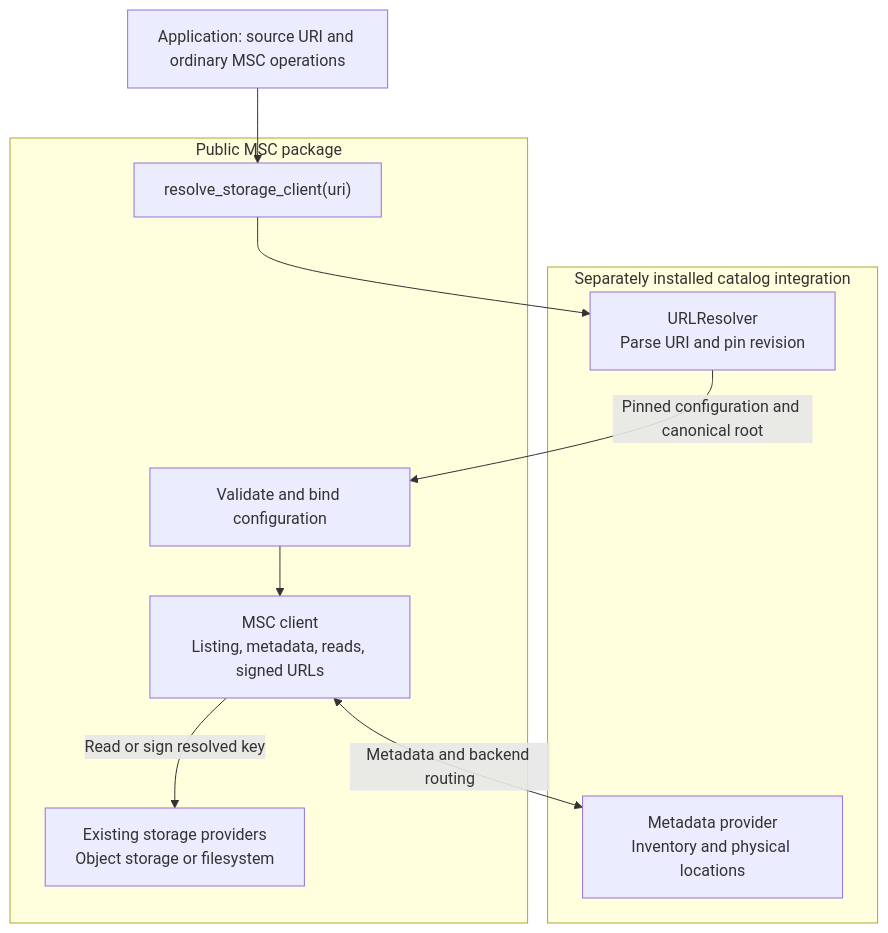
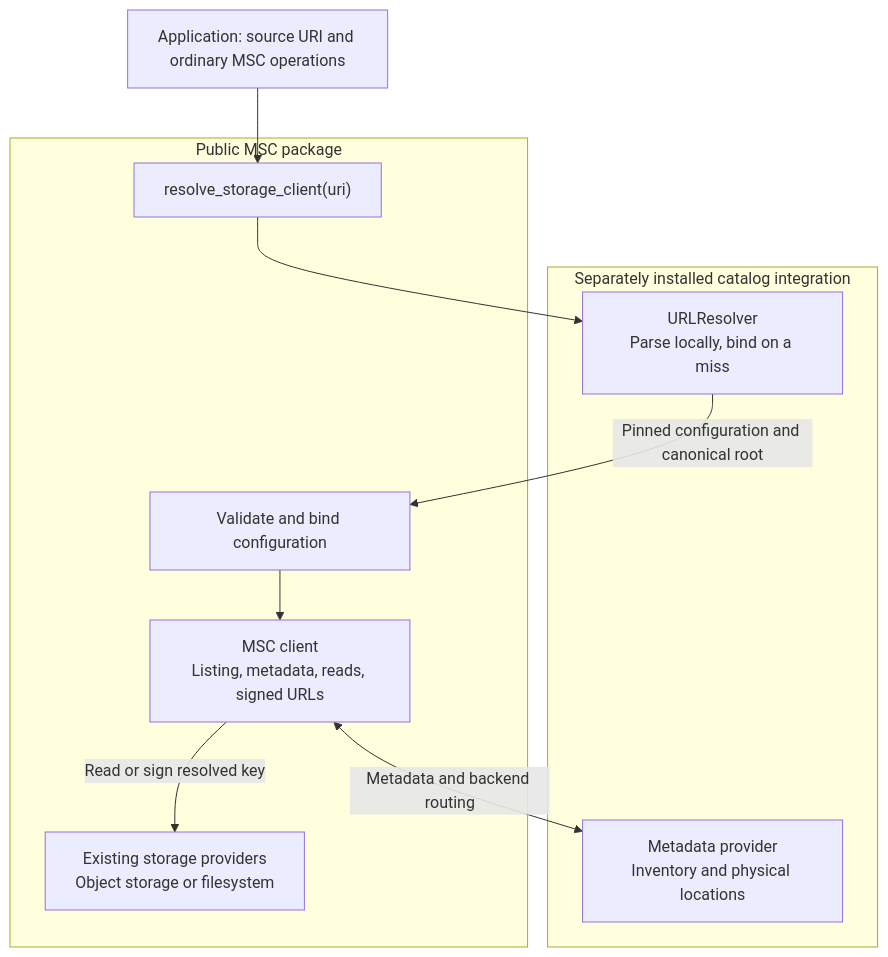
Before and after one commit to NVIDIA/multi-storage-client: the first of 2 diagrams in specs/2026-11-15-reference-resolution.md, drawn with Mermaid. The commit also changed other lines of this file, not shown here.

````diff
--- a/specs/2026-11-15-reference-resolution.md
+++ b/specs/2026-11-15-reference-resolution.md
@@ -15,20 +15,20 @@
 ```mermaid
 flowchart TB
     app["Application: source URI and ordinary MSC operations"]
     subgraph core["Public MSC package"]
         resolve["resolve_storage_client(uri)"]
         bind["Validate and bind configuration"]
         client["MSC client<br/>Listing, metadata, reads, signed URLs"]
         storage["Existing storage providers<br/>Object storage or filesystem"]
     end
     subgraph extension["Separately installed catalog integration"]
-        resolver["URLResolver<br/>Parse URI and pin revision"]
+        resolver["URLResolver<br/>Parse locally, bind on a miss"]
         metadata["Metadata provider<br/>Inventory and physical locations"]
     end
     app --> resolve
     resolve --> resolver
     resolver -->|"Pinned configuration and canonical root"| bind
     bind --> client
     client <-->|"Metadata and backend routing"| metadata
     client -->|"Read or sign resolved key"| storage
 ```
````
